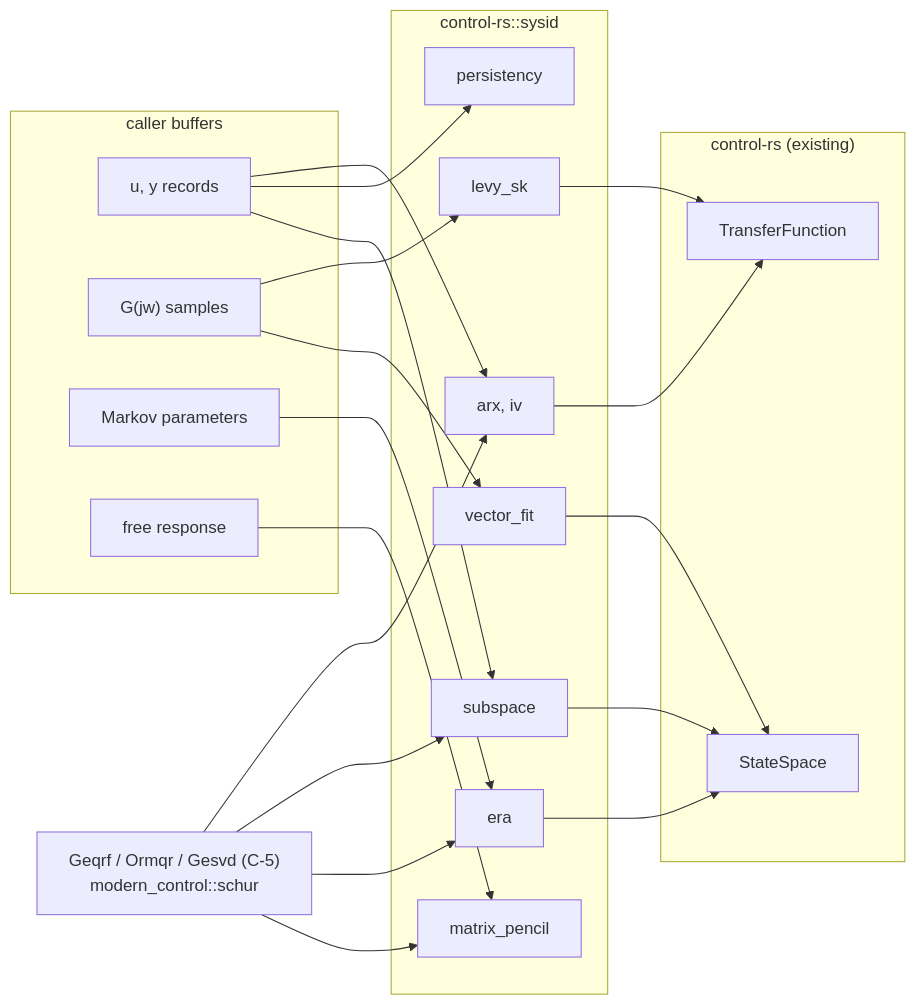
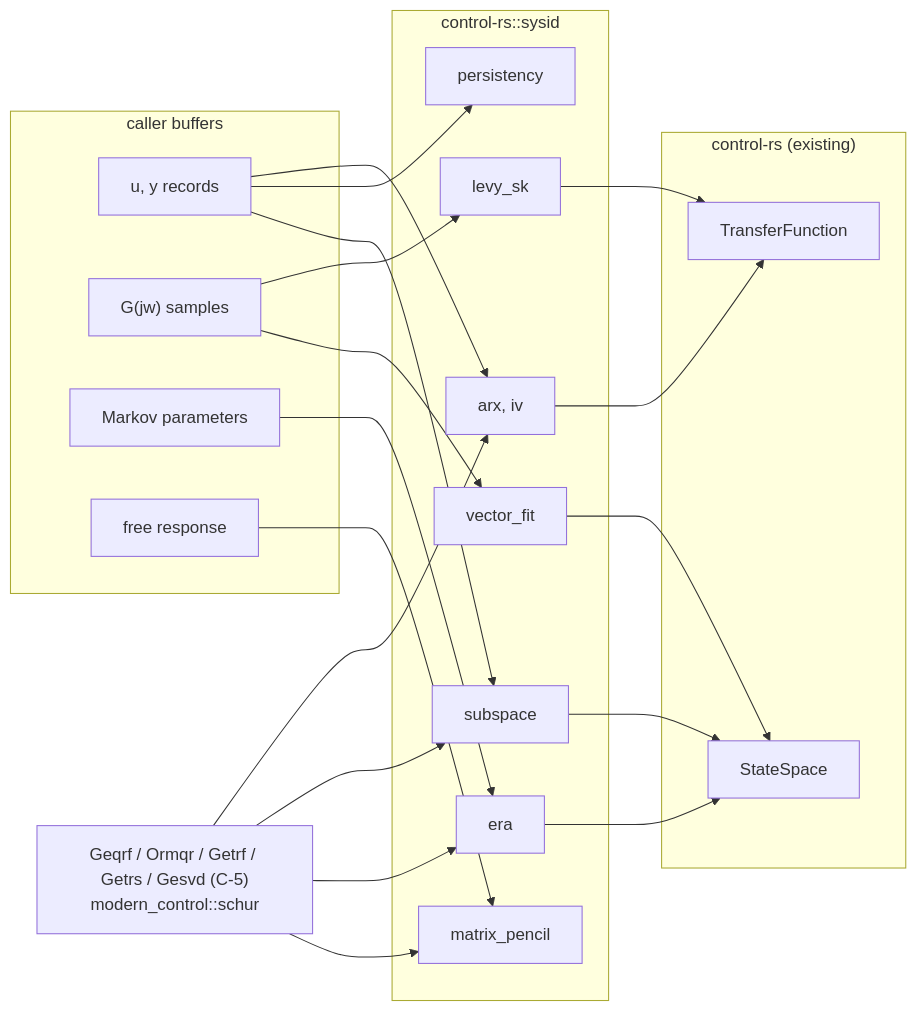
One commit to Dyse-Industries/control-rs changed the diagram in documentation/control-toolboxes/sysid-design.md. Above: the diagram before and after it, drawn with Mermaid. The commit also changed other lines of this file, not shown here.

````diff
--- a/documentation/control-toolboxes/sysid-design.md
+++ b/documentation/control-toolboxes/sysid-design.md
@@ -99,34 +101,34 @@
 ```mermaid
 flowchart LR
     subgraph data["caller buffers"]
         IO["u, y records"]
         FRD["G(jw) samples"]
         MK["Markov parameters"]
         FD["free response"]
     end
     subgraph sysid["control-rs::sysid"]
         ARX["arx, iv"]
         SK["levy_sk"]
         VF["vector_fit"]
         ERA["era"]
         SUB["subspace"]
         MP["matrix_pencil"]
         PE["persistency"]
     end
     subgraph models["control-rs (existing)"]
         TF["TransferFunction"]
         SS["StateSpace"]
     end
-    K["Geqrf / Ormqr / Gesvd (C-5)<br/>modern_control::schur"]
+    K["Geqrf / Ormqr / Getrf / Getrs / Gesvd (C-5)<br/>modern_control::schur"]
     IO --> ARX --> TF
     IO --> PE
     IO --> SUB --> SS
     FRD --> SK --> TF
     FRD --> VF --> SS
     MK --> ERA --> SS
     FD --> MP
     K --> ARX
     K --> SUB
     K --> ERA
     K --> MP
 ```
````
